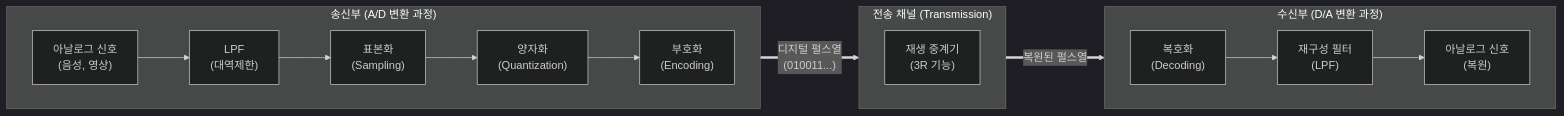
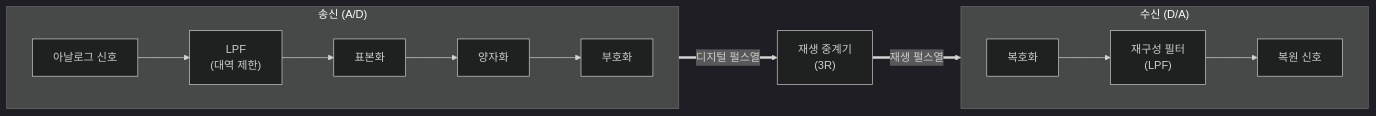
Before and after one commit to supremethumb/supremethumb.github.io: the diagram in content/01_IT Tech/PCM(Pulse-Code Modulation).md, drawn with Mermaid (dark theme). The commit also changed other lines of this file and 1087 other files, not shown here.

````diff
--- a/content/01_IT Tech/PCM(Pulse-Code Modulation).md
+++ b/content/01_IT Tech/PCM(Pulse-Code Modulation).md
@@ -27,31 +36,13 @@
 ```mermaid
 flowchart LR
-    subgraph 송신부_AD변환 ["송신부 (A/D 변환 과정)"]
+    subgraph TX["송신 (A/D)"]
         direction LR
-        Analog["아날로그 신호<br/>(음성, 영상)"]
-        LPF["LPF<br/>(대역제한)"]
-        Sampling["표본화<br/>(Sampling)"]
-        Quantization["양자화<br/>(Quantization)"]
-        Encoding["부호화<br/>(Encoding)"]
-        
-        Analog --> LPF --> Sampling --> Quantization --> Encoding
+        A["아날로그 신호"] --> LPF["LPF<br/>(대역 제한)"] --> S["표본화"] --> Q["양자화"] --> E["부호화"]
     end
-    
-    subgraph 전송로 ["전송 채널 (Transmission)"]
+    R["재생 중계기<br/>(3R)"]
+    subgraph RX["수신 (D/A)"]
         direction LR
-        Regenerator["재생 중계기<br/>(3R 기능)"]
+        D["복호화"] --> F["재구성 필터<br/>(LPF)"] --> O["복원 신호"]
     end
-    
-    subgraph 수신부_DA변환 ["수신부 (D/A 변환 과정)"]
-        direction LR
-        Decoding["복호화<br/>(Decoding)"]
-        Reconstruct["재구성 필터<br/>(LPF)"]
-        Output["아날로그 신호<br/>(복원)"]
-        
-        Decoding --> Reconstruct --> Output
-    end
-    
-    Encoding == "디지털 펄스열<br/>(010011...)" ==> Regenerator
-    Regenerator == "복원된 펄스열" ==> Decoding
-
+    E == "디지털 펄스열" ==> R == "재생 펄스열" ==> D
 ```
````
